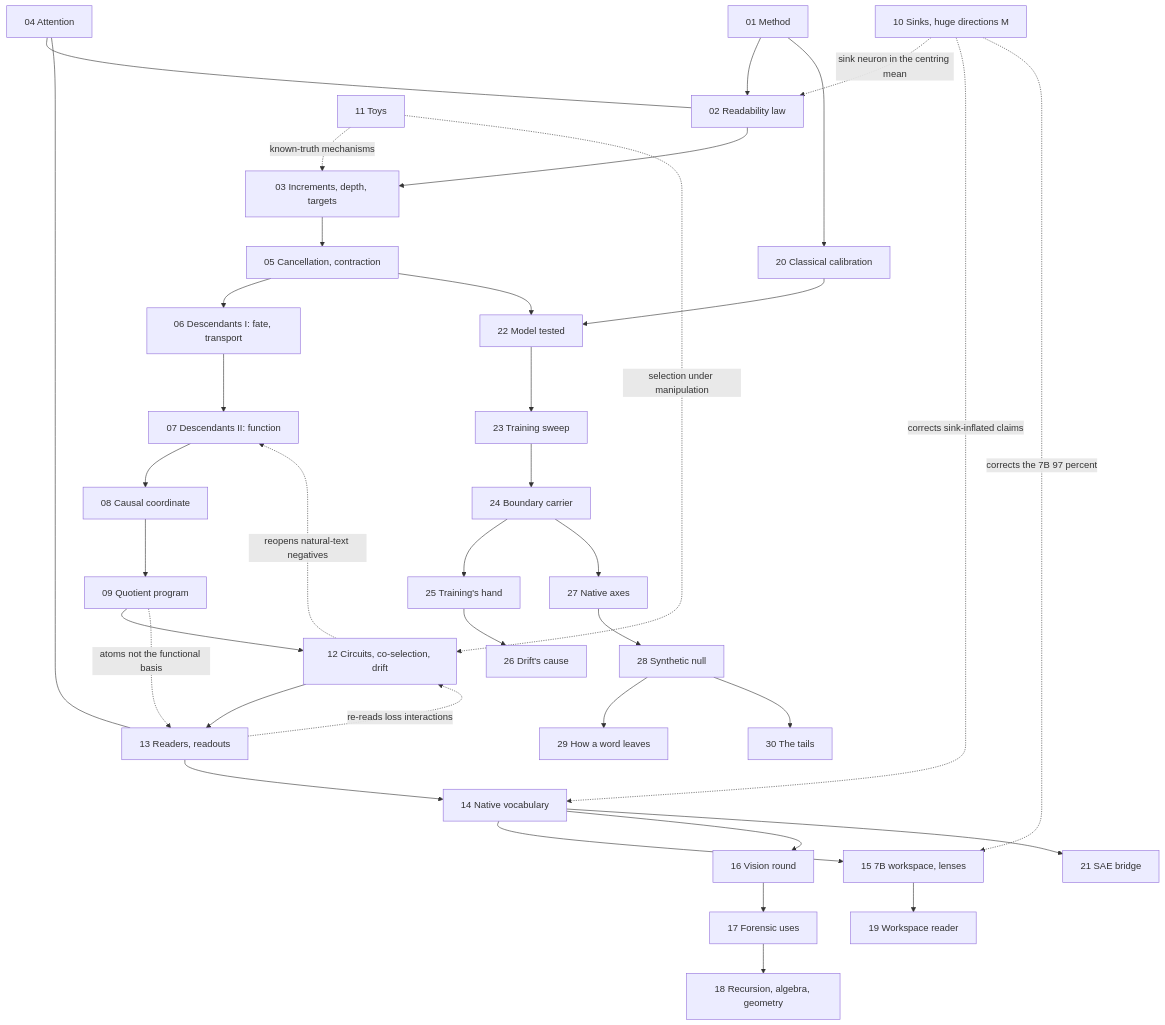
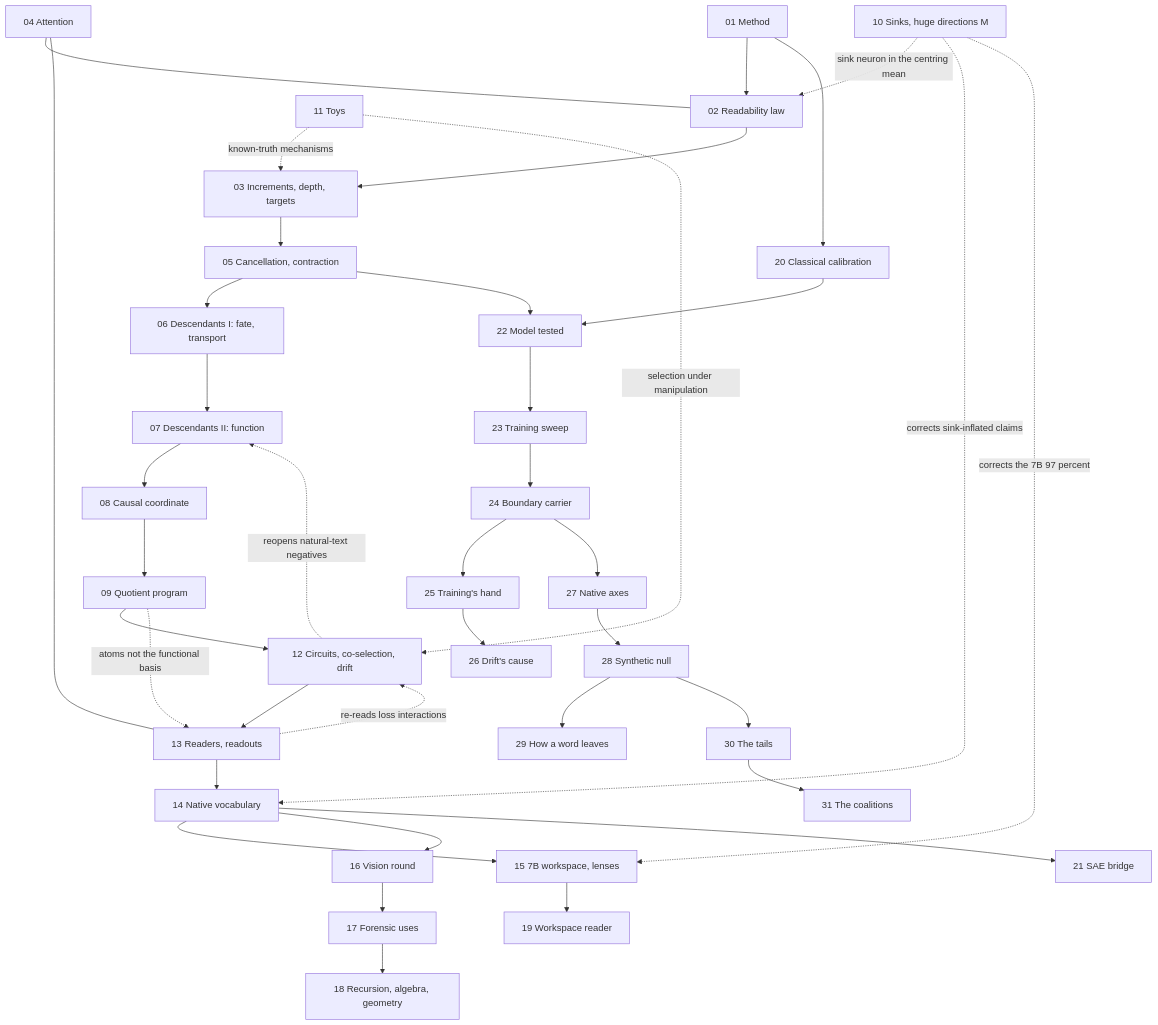
Before and after one commit to sunmoonron/wdd-descendants: the diagram in README.md, drawn with Mermaid. The commit also changed other lines of this file and 17 other files, not shown here.

````diff
--- a/README.md
+++ b/README.md
@@ -50,40 +51,41 @@
 ```mermaid
 flowchart TD
   A01["01 Method"] --> A02["02 Readability law"]
   A02 --> A03["03 Increments, depth, targets"]
   A03 --> A05["05 Cancellation, contraction"]
   A05 --> A06["06 Descendants I: fate, transport"]
   A06 --> A07["07 Descendants II: function"]
   A07 --> A08["08 Causal coordinate"]
   A08 --> A09["09 Quotient program"]
   A09 --> A12["12 Circuits, co-selection, drift"]
   A12 --> A13["13 Readers, readouts"]
   A13 --> A14["14 Native vocabulary"]
   A14 --> A15["15 7B workspace, lenses"]
   A14 --> A16["16 Vision round"]
   A16 --> A17["17 Forensic uses"]
   A17 --> A18["18 Recursion, algebra, geometry"]
   A15 --> A19["19 Workspace reader"]
   A01 --> A20["20 Classical calibration"]
   A14 --> A21["21 SAE bridge"]
   A20 --> A22["22 Model tested"]
   A22 --> A23["23 Training sweep"]
   A23 --> A24["24 Boundary carrier"]
   A24 --> A25["25 Training's hand"]
   A25 --> A26["26 Drift's cause"]
   A24 --> A27["27 Native axes"]
   A27 --> A28["28 Synthetic null"]
   A28 --> A29["29 How a word leaves"]
   A28 --> A30["30 The tails"]
+  A30 --> A31["31 The coalitions"]
   A05 --> A22
   A04["04 Attention"] --- A02
   A04 --- A13
   A10["10 Sinks, huge directions M"] -.->|sink neuron in the centring mean| A02
   A10 -.->|corrects sink-inflated claims| A14
   A10 -.->|corrects the 7B 97 percent| A15
   A11["11 Toys"] -.->|known-truth mechanisms| A03
   A11 -.->|selection under manipulation| A12
   A12 -.->|reopens natural-text negatives| A07
   A13 -.->|re-reads loss interactions| A12
   A09 -.->|atoms not the functional basis| A13
 ```
````
